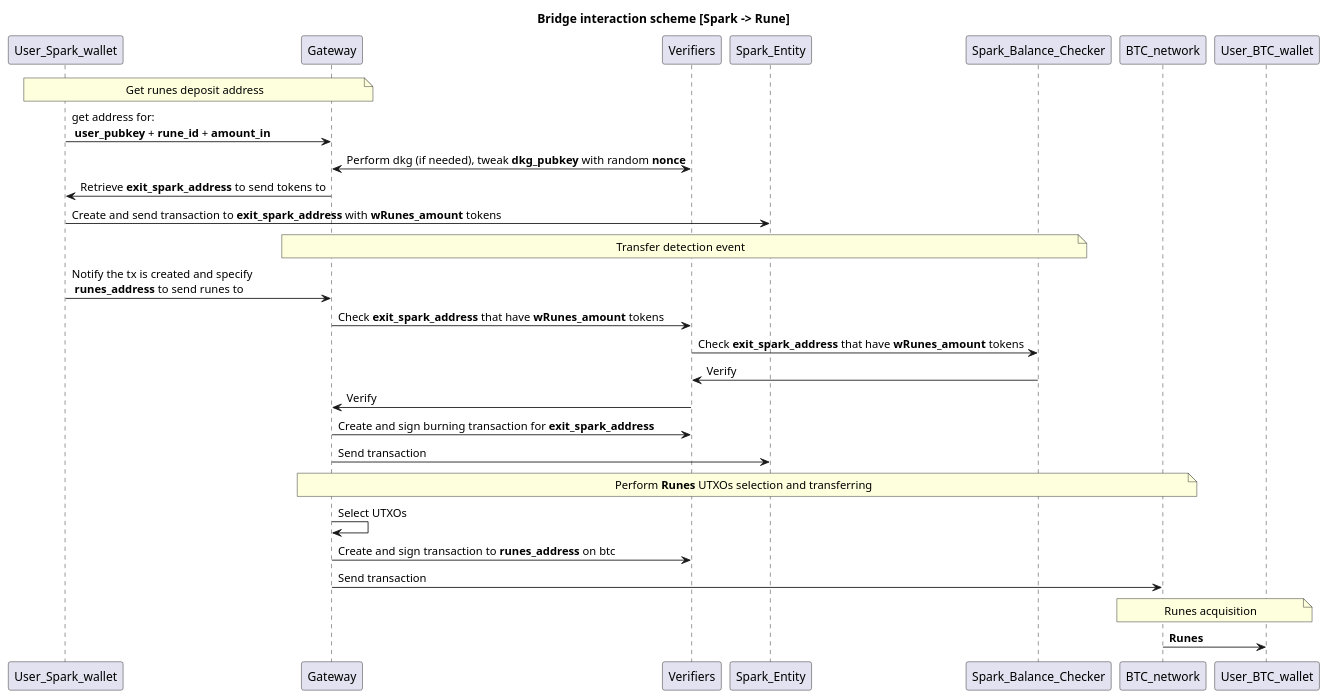
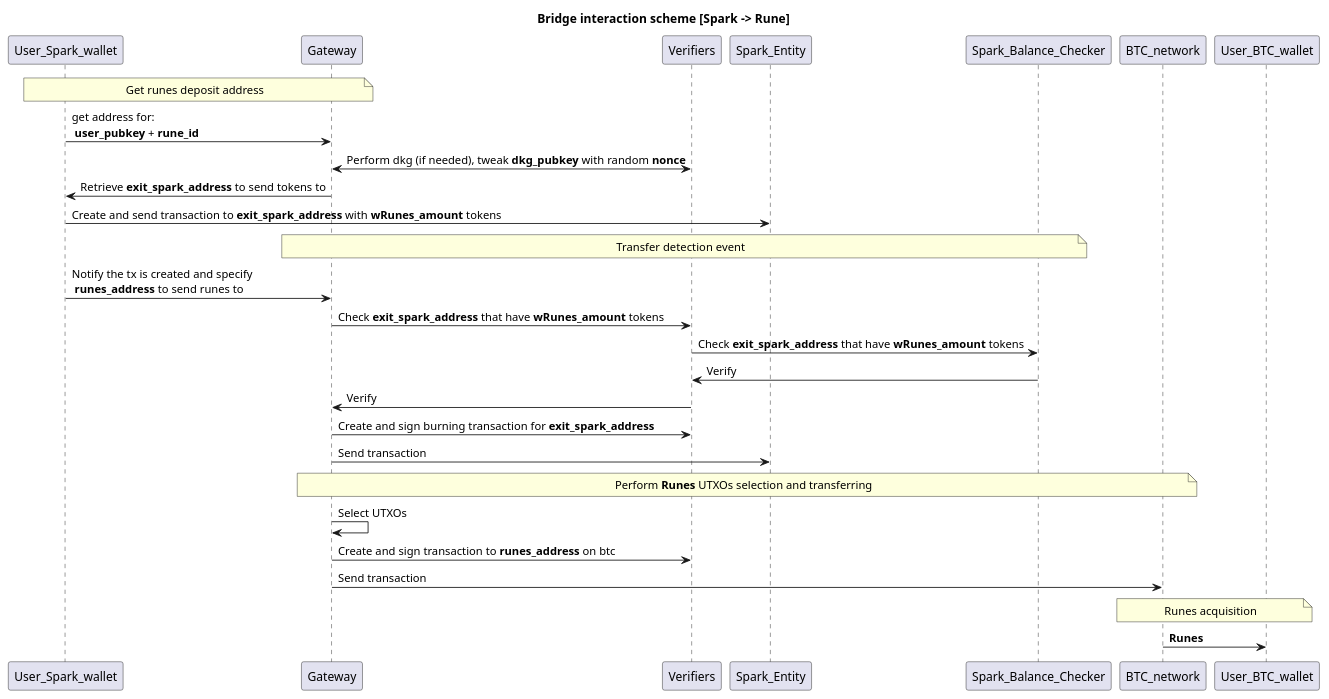
Before and after one commit to Sats-Terminal/spark-bridge-backend: the diagram in docs/spark_runes.puml, drawn with PlantUML.

```diff
--- a/docs/spark_runes.puml
+++ b/docs/spark_runes.puml
@@ -1,26 +1,26 @@
 @startuml
 title Bridge interaction scheme [Spark -> Rune]
 
 note over User_Spark_wallet,Gateway:Get runes deposit address
-User_Spark_wallet->Gateway: get address for: \n **user_pubkey** + **rune_id** + **amount_in** 
+User_Spark_wallet->Gateway: get address for: \n **user_pubkey** + **rune_id**
 Gateway<->Verifiers:Perform dkg (if needed), tweak **dkg_pubkey** with random **nonce**
 Gateway->User_Spark_wallet: Retrieve **exit_spark_address** to send tokens to
 User_Spark_wallet->Spark_Entity: Create and send transaction to **exit_spark_address** with **wRunes_amount** tokens
 
 note over Spark_Balance_Checker,Gateway:Transfer detection event
 User_Spark_wallet->Gateway:Notify the tx is created and specify \n **runes_address** to send runes to
 Gateway->Verifiers:Check **exit_spark_address** that have **wRunes_amount** tokens
 Verifiers->Spark_Balance_Checker:Check **exit_spark_address** that have **wRunes_amount** tokens
 Verifiers<-Spark_Balance_Checker:Verify
 Verifiers->Gateway:Verify
 Gateway->Verifiers:Create and sign burning transaction for **exit_spark_address**
 Gateway->Spark_Entity:Send transaction
 
 note over Gateway,BTC_network:Perform **Runes** UTXOs selection and transferring
 Gateway->Gateway:Select UTXOs
 Gateway->Verifiers:Create and sign transaction to **runes_address** on btc
 Gateway->BTC_network:Send transaction
 
 note over User_BTC_wallet, BTC_network: Runes acquisition
 User_BTC_wallet<-BTC_network: **Runes**
 @enduml
```
